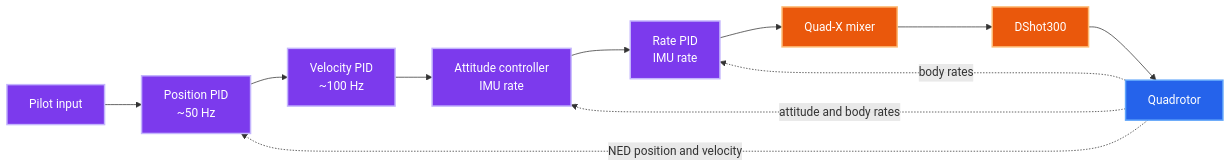
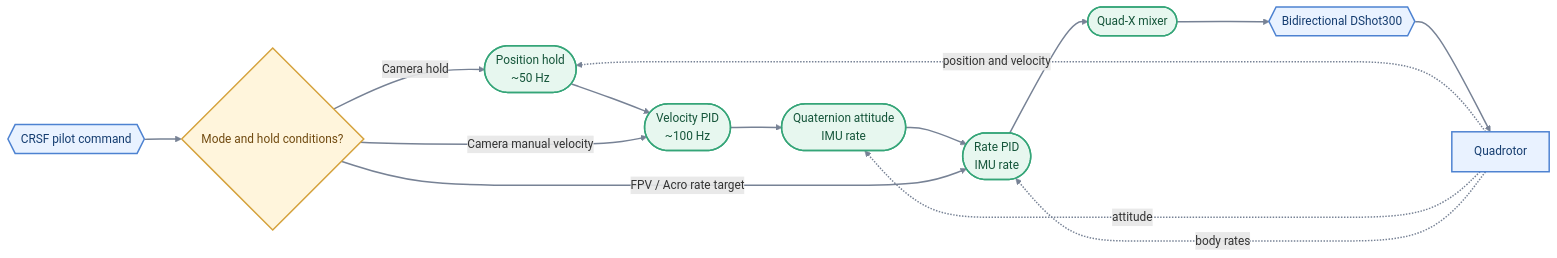
The second of 3 diagrams in README.md (nafs09/dual-control-drone-flight-controller), drawn with Mermaid before and after one commit. The commit also changed other lines of this file and 20 other files, not shown here.

````diff
--- a/README.md
+++ b/README.md
@@ -95,30 +101,30 @@
 ```mermaid
 flowchart LR
-  PILOT["Pilot input"]
-  POS["Position PID<br/>~50 Hz"]
-  VEL["Velocity PID<br/>~100 Hz"]
-  ATT["Attitude controller<br/>IMU rate"]
-  RATE["Rate PID<br/>IMU rate"]
-  MIX["Quad-X mixer"]
-  DSHOT["DShot300"]
+  PILOT{{CRSF pilot command}}
+  POS(["Position hold<br/>~50 Hz"])
+  VEL(["Velocity PID<br/>~100 Hz"])
+  ATT(["Quaternion attitude<br/>IMU rate"])
+  RATE(["Rate PID<br/>IMU rate"])
+  MIX(["Quad-X mixer"])
+  ESC{{Bidirectional DShot300}}
   PLANT["Quadrotor"]
+  MODE{"Mode and hold conditions?"}
 
-  PILOT --> POS
-  POS --> VEL
-  VEL --> ATT
-  ATT --> RATE
-  RATE --> MIX
-  MIX --> DSHOT
-  DSHOT --> PLANT
+  PILOT --> MODE
+  MODE -->|Camera hold| POS --> VEL --> ATT --> RATE --> MIX --> ESC --> PLANT
+  MODE -->|Camera manual velocity| VEL
+  MODE -->|FPV / Acro rate target| RATE
+  PLANT -. "position and velocity" .-> POS
+  PLANT -. "attitude" .-> ATT
+  PLANT -. "body rates" .-> RATE
 
-  classDef ctrl fill:#7c3aed,color:#fff,stroke:#c4b5fd,stroke-width:2px
-  classDef actuation fill:#ea580c,color:#fff,stroke:#fdba74,stroke-width:2px
-  classDef aircraft fill:#2563eb,color:#fff,stroke:#60a5fa,stroke-width:2px
-  class PILOT,POS,VEL,ATT,RATE ctrl
-  class MIX,DSHOT actuation
-  class PLANT aircraft
-
-  PLANT -. "NED position and velocity" .-> POS
-  PLANT -. "attitude and body rates" .-> ATT
-  PLANT -. "body rates" .-> RATE
+  classDef hardware fill:#E9F2FF,color:#153D70,stroke:#4D82D1,stroke-width:2px
+  classDef system fill:#E7F7EF,color:#15553A,stroke:#35A578,stroke-width:2px
+  classDef sensing fill:#E4F7F5,color:#14524C,stroke:#3A9C91,stroke-width:2px
+  classDef checks fill:#FFF5DC,color:#704A10,stroke:#D5A23C,stroke-width:2px
+  classDef safety fill:#FFF1E5,color:#794016,stroke:#E68A43,stroke-width:2px
+  class PILOT,ESC,PLANT hardware
+  class POS,VEL,ATT,RATE,MIX system
+  class MODE checks
+  linkStyle default stroke:#778295,stroke-width:2px
 ```
````
